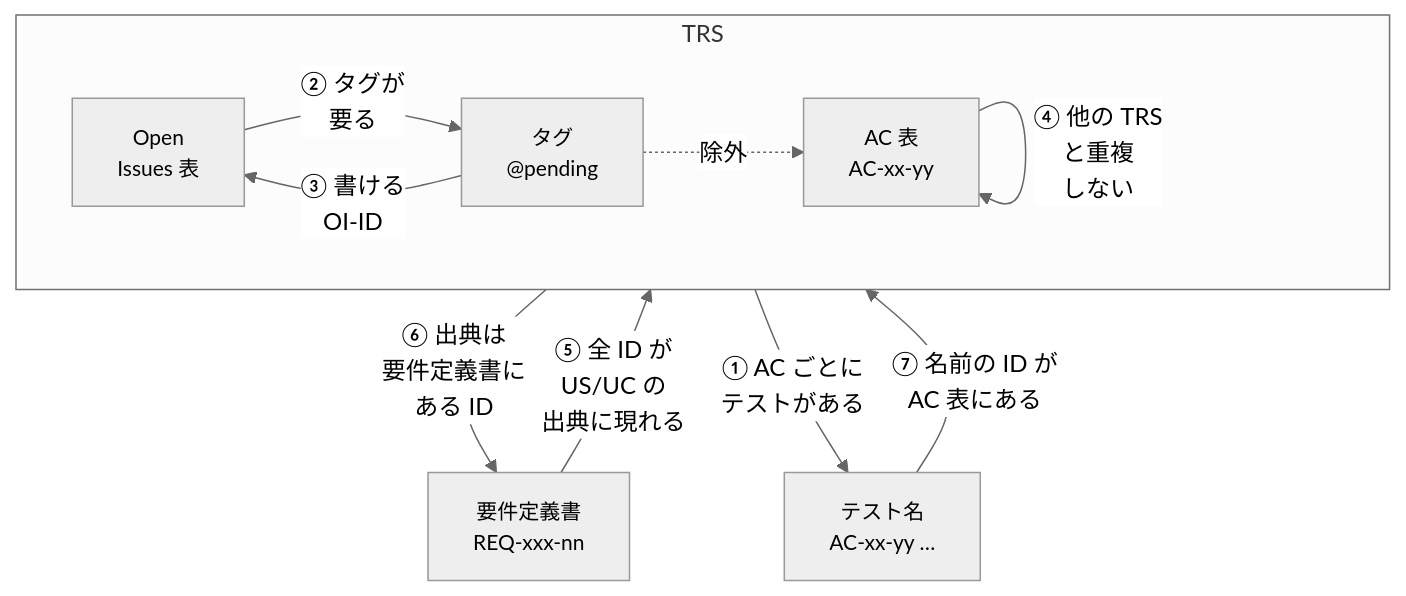
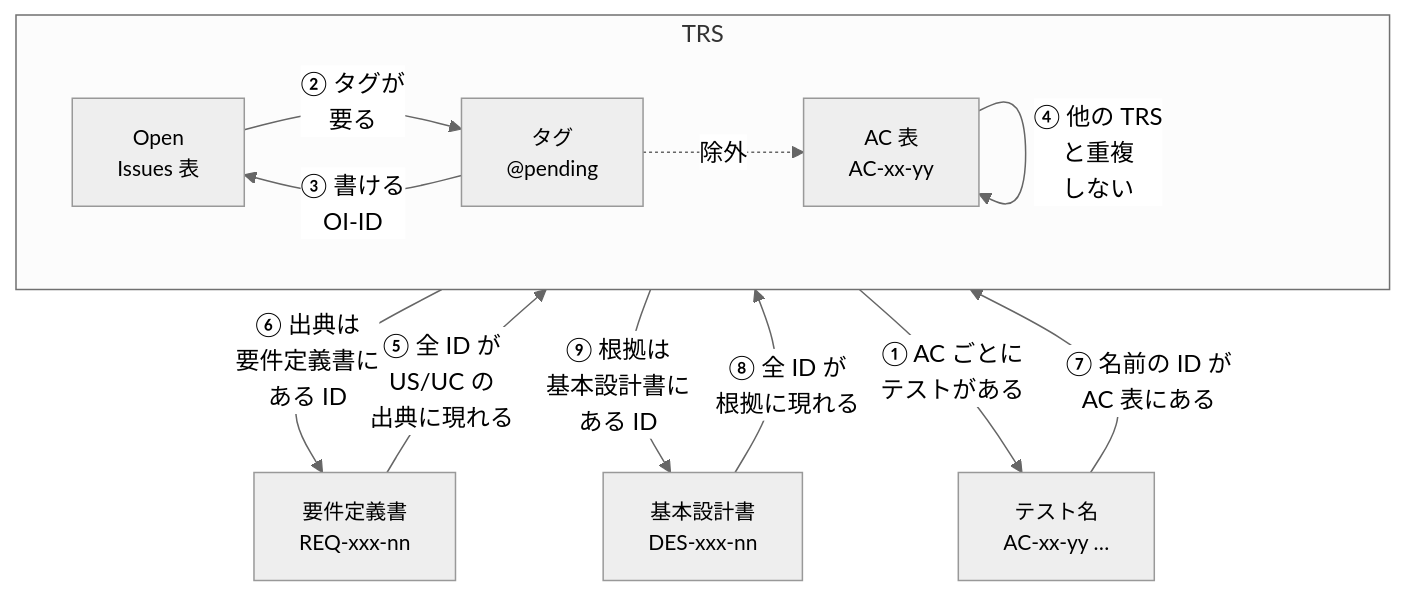
Before and after one commit to toshio-shiratori/harness-test-strategy: the second of 4 diagrams in docs/testing/03-trs-guideline.md, drawn with Mermaid (neutral theme). The commit also changed other lines of this file and 13 other files, not shown here.

````diff
--- a/docs/testing/03-trs-guideline.md
+++ b/docs/testing/03-trs-guideline.md
@@ -196,20 +196,23 @@
 ```mermaid
 flowchart TB
   classDef default font-size:14px
   R["要件定義書<br/>REQ-xxx-nn"]
+  D["基本設計書<br/>DES-xxx-nn"]
   subgraph TRS["TRS"]
     direction LR
     OI["Open<br/>Issues 表"]
     TAG["タグ<br/>@pending"]
     AC["AC 表<br/>AC-xx-yy"]
     OI -->|"② タグが<br/>要る"| TAG
     TAG -->|"③ 書ける<br/>OI-ID"| OI
     TAG -.->|"除外"| AC
     AC -->|"④ 他の TRS<br/>と重複<br/>しない"| AC
   end
   T["テスト名<br/>AC-xx-yy …"]
   R -->|"⑤ 全 ID が<br/>US/UC の<br/>出典に現れる"| TRS
   TRS -->|"⑥ 出典は<br/>要件定義書に<br/>ある ID"| R
+  D -->|"⑧ 全 ID が<br/>根拠に現れる"| TRS
+  TRS -->|"⑨ 根拠は<br/>基本設計書に<br/>ある ID"| D
   TRS -->|"① AC ごとに<br/>テストがある"| T
   T -->|"⑦ 名前の ID が<br/>AC 表にある"| TRS
 ```
````
